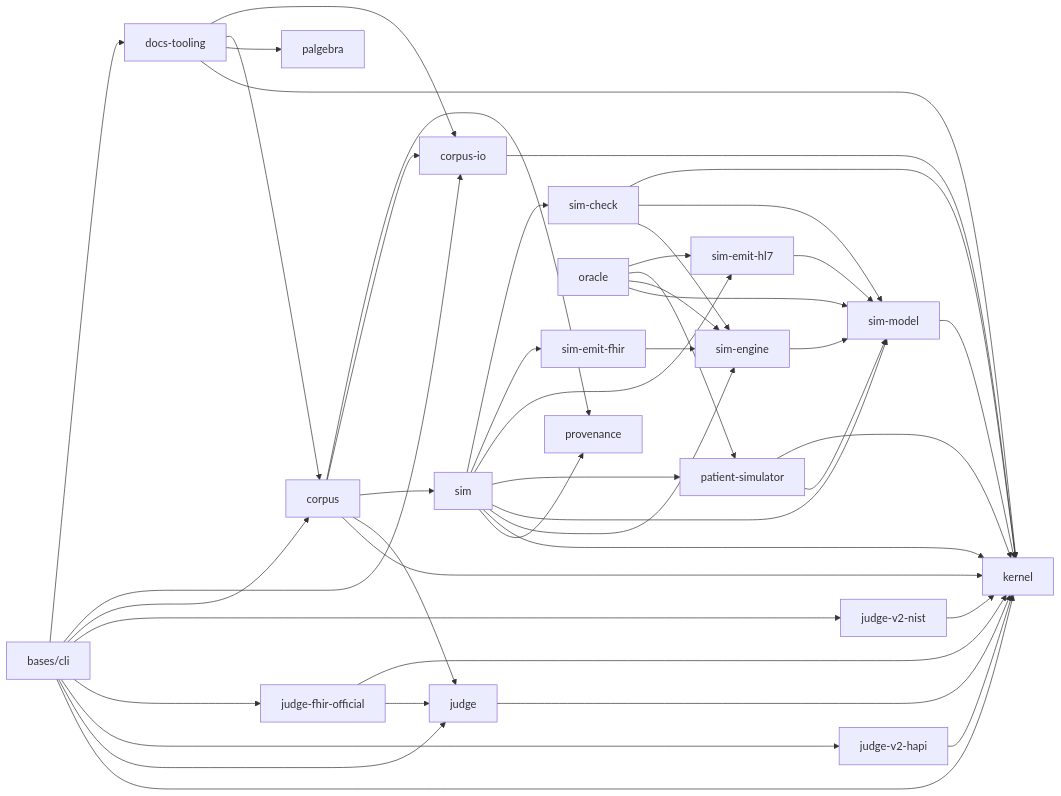
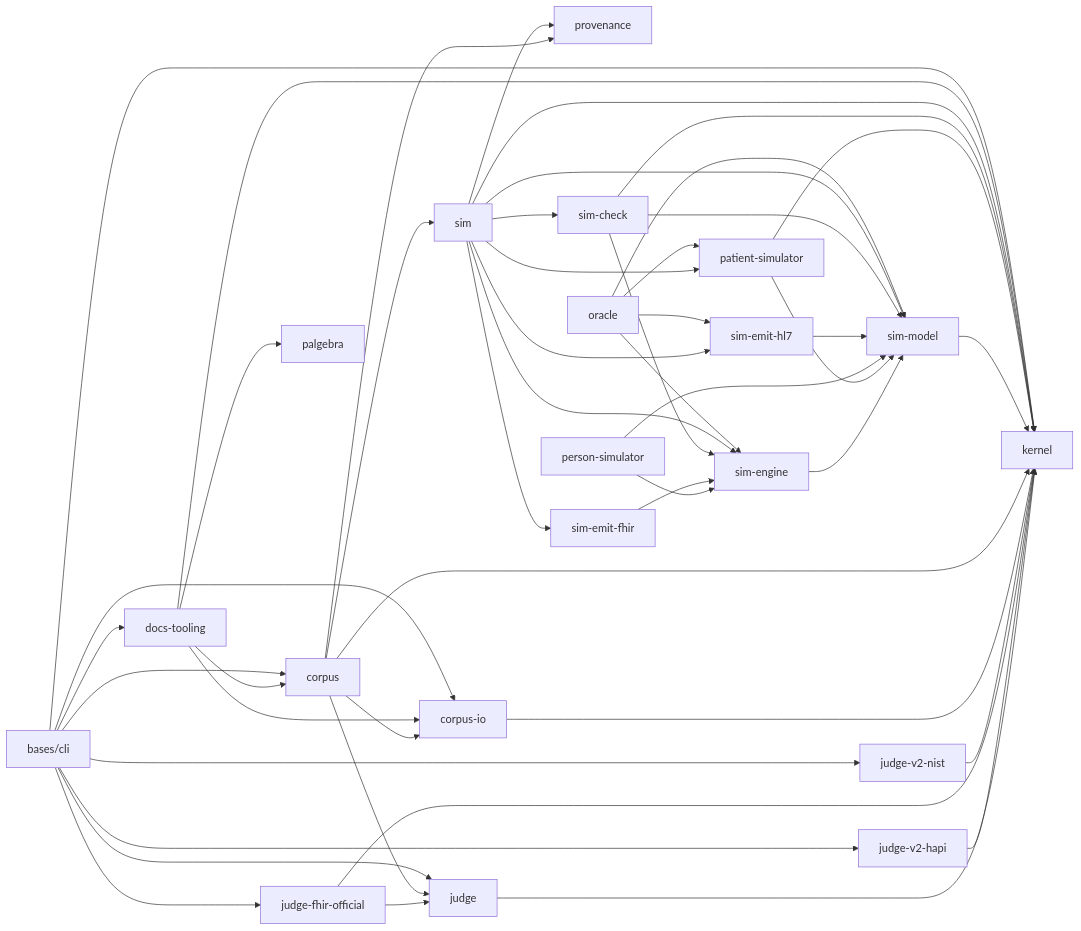
Before and after one commit to pragsmike/ehr-testing-tools: the diagram in docs/dev/architecture.md, drawn with Mermaid. The commit also changed other lines of this file and 11 other files, not shown here.

````diff
--- a/docs/dev/architecture.md
+++ b/docs/dev/architecture.md
@@ -25,67 +25,70 @@
 ```mermaid
 flowchart LR
     kernel[kernel]
     judge[judge]
     judgev2hapi[judge-v2-hapi]
     judgefhirofficial[judge-fhir-official]
     judgev2nist[judge-v2-nist]
     provenance[provenance]
     corpus[corpus]
     corpusio[corpus-io]
     docstooling[docs-tooling]
     palgebra[palgebra]
     simmodel[sim-model]
     simengine[sim-engine]
     simtrajectory[patient-simulator]
+    personsimulator[person-simulator]
     simemithl7[sim-emit-hl7]
     simemitfhir[sim-emit-fhir]
     simcheck[sim-check]
     sim[sim]
     oracle[oracle]
     cli[bases/cli]
 
     judge --> kernel
     judgev2hapi --> kernel
     judgefhirofficial --> judge
     judgefhirofficial --> kernel
     judgev2nist --> kernel
     corpusio --> kernel
     corpus --> kernel
     corpus --> judge
     corpus --> sim
     corpus --> corpusio
     corpus --> provenance
     sim --> provenance
     simmodel --> kernel
     simengine --> simmodel
     simtrajectory --> simmodel
     simtrajectory --> kernel
+    personsimulator --> simmodel
+    personsimulator --> simengine
     simemithl7 --> simmodel
     simemitfhir --> simengine
     simcheck --> simengine
     simcheck --> simmodel
     simcheck --> kernel
     sim --> kernel
     sim --> simengine
     sim --> simmodel
     sim --> simtrajectory
     sim --> simemithl7
     sim --> simemitfhir
     sim --> simcheck
     oracle --> simmodel
     oracle --> simengine
     oracle --> simtrajectory
     oracle --> simemithl7
     docstooling --> kernel
     docstooling --> palgebra
     docstooling --> corpus
     docstooling --> corpusio
     cli --> kernel
     cli --> judge
     cli --> judgev2hapi
     cli --> judgefhirofficial
     cli --> judgev2nist
     cli --> corpus
     cli --> corpusio
     cli --> docstooling
 ```
````
